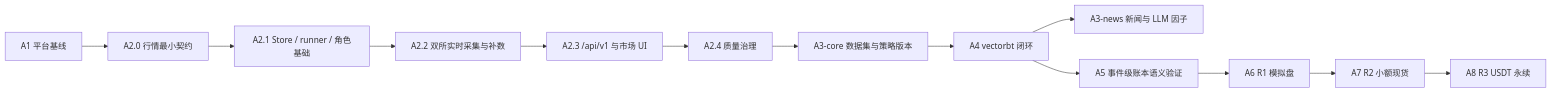
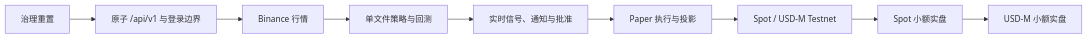
One commit to CoderLTS/coinsphere-go changed the diagram in docs/roadmap/README.md. Above: the diagram before and after it, drawn with Mermaid. The commit also changed other lines of this file and 19 other files, not shown here.

````diff
--- a/docs/roadmap/README.md
+++ b/docs/roadmap/README.md
@@ -11,15 +11,11 @@
 ```mermaid
 flowchart LR
-    A1["A1 平台基线"] --> A20["A2.0 行情最小契约"]
-    A20 --> A21["A2.1 Store / runner / 角色基础"]
-    A21 --> A22["A2.2 双所实时采集与补数"]
-    A22 --> A23["A2.3 /api/v1 与市场 UI"]
-    A23 --> A24["A2.4 质量治理"]
-    A24 --> C["A3-core 数据集与策略版本"]
-    C --> V["A4 vectorbt 闭环"]
-    V --> N["A3-news 新闻与 LLM 因子"]
-    V --> E["A5 事件级账本语义验证"]
-    E --> P["A6 R1 模拟盘"]
-    P --> S["A7 R2 小额现货"]
-    S --> F["A8 R3 USDT 永续"]
+    G["治理重置"] --> API["原子 /api/v1 与登录边界"]
+    API --> DATA["Binance 行情"]
+    DATA --> RESEARCH["单文件策略与回测"]
+    RESEARCH --> SIGNAL["实时信号、通知与批准"]
+    SIGNAL --> PAPER["Paper 执行与投影"]
+    PAPER --> TESTNET["Spot / USD-M Testnet"]
+    TESTNET --> SPOT["Spot 小额实盘"]
+    SPOT --> FUTURES["USD-M 小额实盘"]
 ```
````
